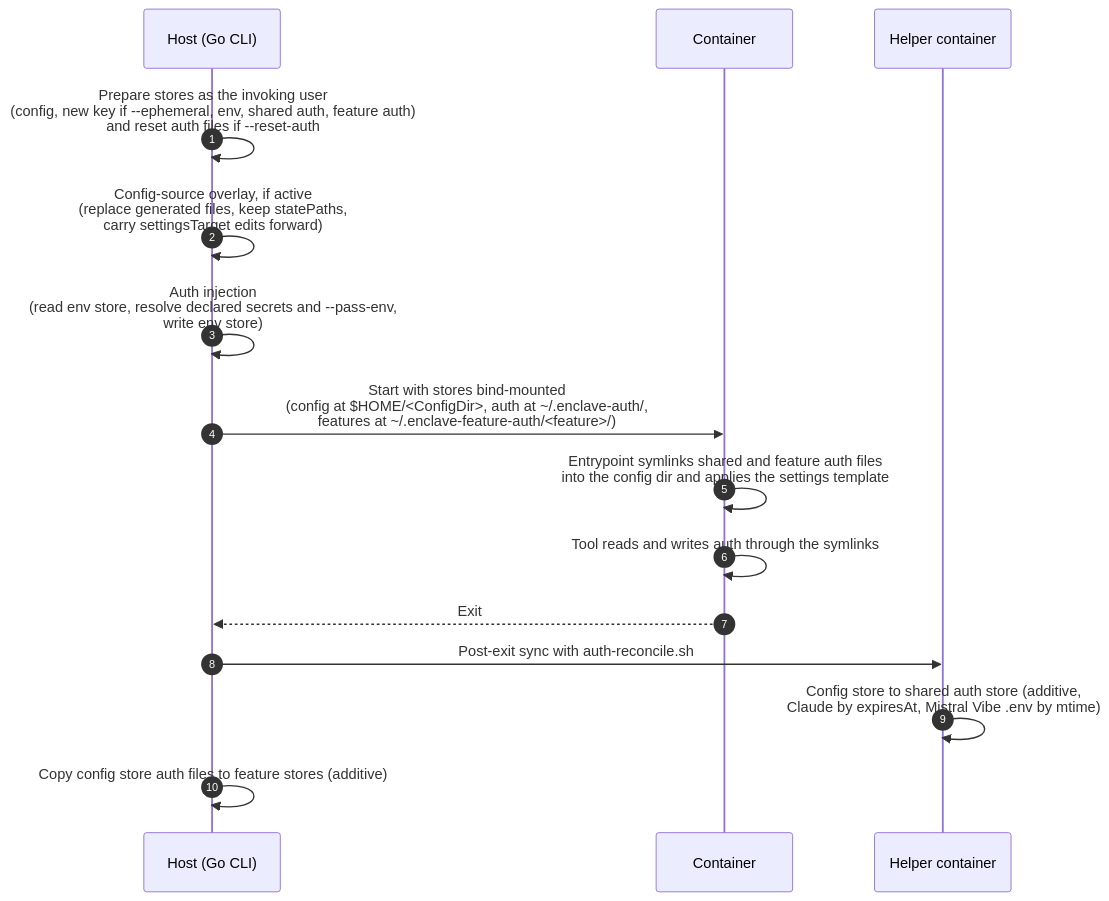
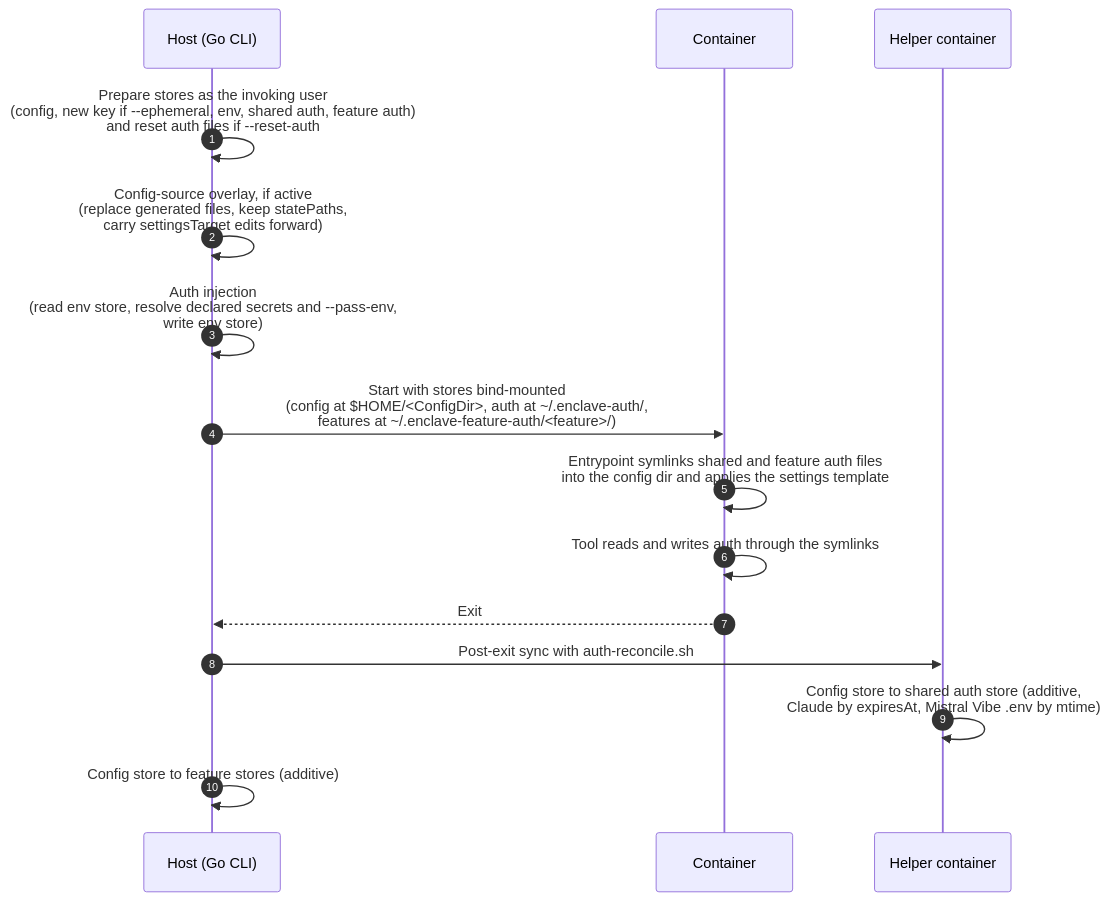
Before and after one commit to eclipse-enclave/enclave: the diagram in docs/runtime/stores.md, drawn with Mermaid. The commit also changed 3 other files, not shown here.

````diff
--- a/docs/runtime/stores.md
+++ b/docs/runtime/stores.md
@@ -252,18 +252,18 @@
 ```mermaid
 sequenceDiagram
     autonumber
     participant Host as Host (Go CLI)
     participant Ctr as Container
     participant Helper as Helper container
 
     Host->>Host: Prepare stores as the invoking user<br/>(config, new key if --ephemeral, env, shared auth, feature auth)<br/>and reset auth files if --reset-auth
     Host->>Host: Config-source overlay, if active<br/>(replace generated files, keep statePaths,<br/>carry settingsTarget edits forward)
     Host->>Host: Auth injection<br/>(read env store, resolve declared secrets and --pass-env,<br/>write env store)
     Host->>Ctr: Start with stores bind-mounted<br/>(config at $HOME/#60;ConfigDir#62;, auth at ~/.enclave-auth/,<br/>features at ~/.enclave-feature-auth/#60;feature#62;/)
     Ctr->>Ctr: Entrypoint symlinks shared and feature auth files<br/>into the config dir and applies the settings template
     Ctr->>Ctr: Tool reads and writes auth through the symlinks
     Ctr-->>Host: Exit
     Host->>Helper: Post-exit sync with auth-reconcile.sh
     Helper->>Helper: Config store to shared auth store (additive,<br/>Claude by expiresAt, Mistral Vibe .env by mtime)
-    Host->>Host: Copy config store auth files to feature stores (additive)
+    Host->>Host: Config store to feature stores (additive)
 ```
````
